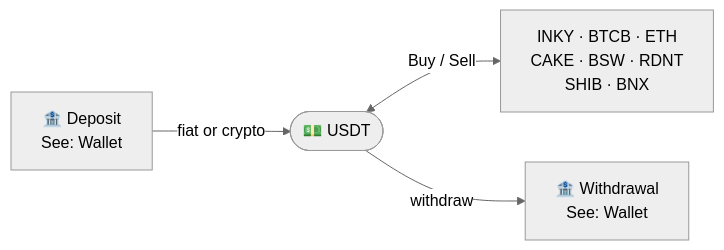
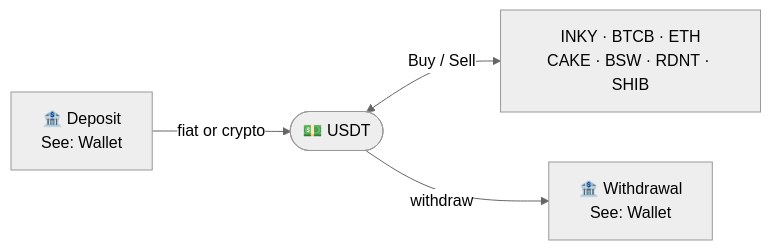
Before and after one commit to patrick-rayner/documentationai-Docs: the second of 2 diagrams in features/swap.mdx, drawn with Mermaid (neutral theme). The commit also changed other lines of this file and 20 other files, not shown here.

````diff
--- a/features/swap.mdx
+++ b/features/swap.mdx
@@ -104,6 +102,6 @@
 ```mermaid
 graph LR
     DEP["🏦 Deposit\nSee: Wallet"] -->|"fiat or crypto"| USDT(["💵 USDT"])
-    USDT <-->|"Buy / Sell"| ASSETS["INKY · BTCB · ETH\nCAKE · BSW · RDNT\nSHIB · BNX"]
+    USDT <-->|"Buy / Sell"| ASSETS["INKY · BTCB · ETH\nCAKE · BSW · RDNT · SHIB"]
     USDT -->|"withdraw"| WIT["🏦 Withdrawal\nSee: Wallet"]
 ```
````
